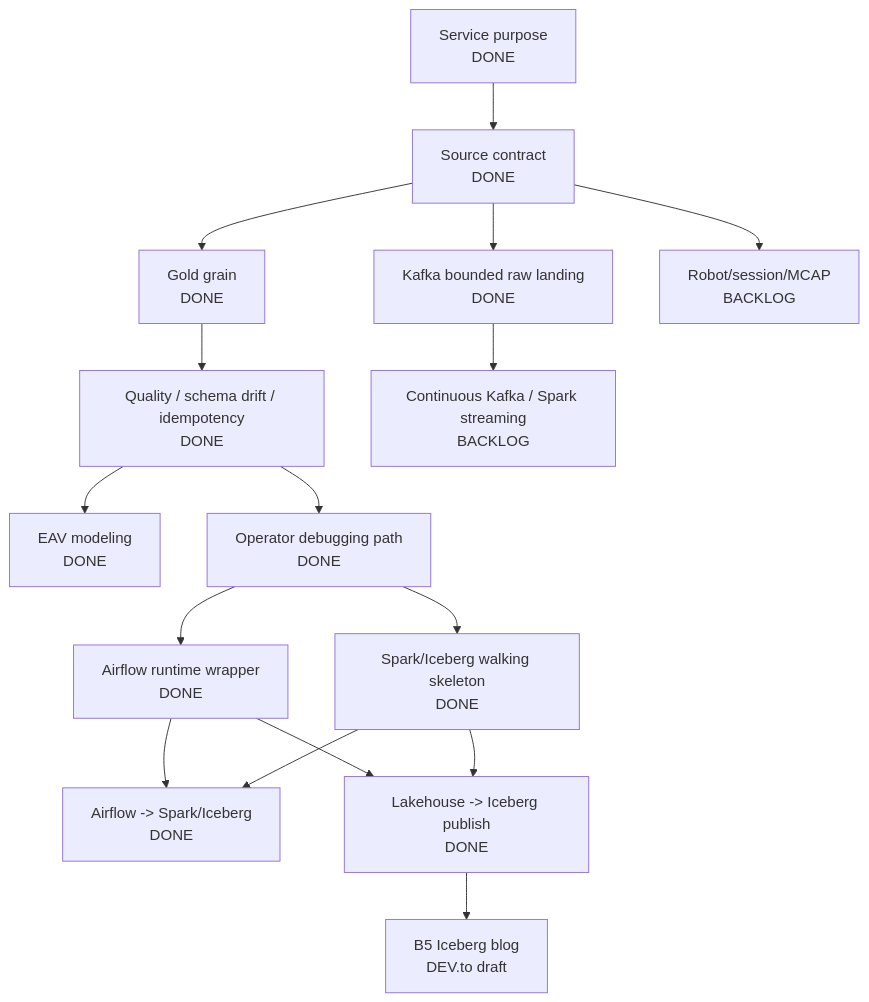
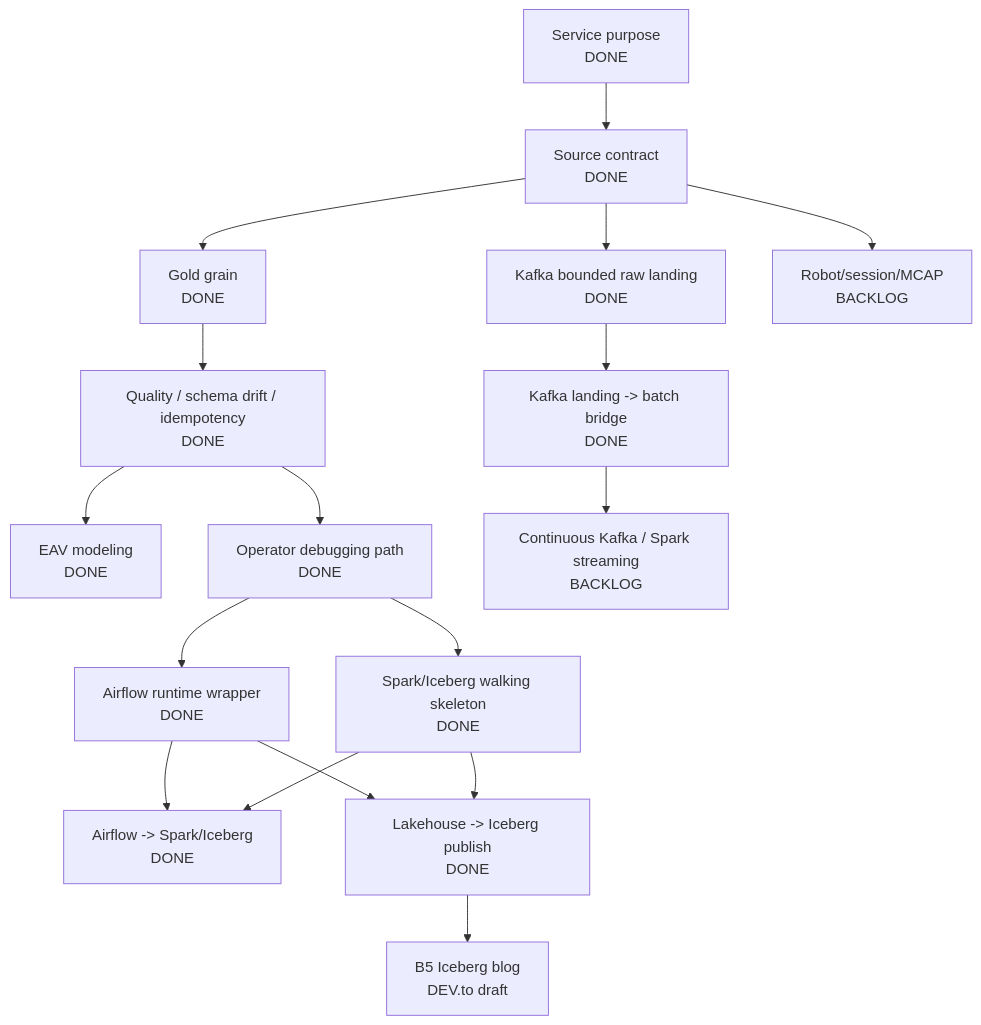
The second of 2 diagrams in PROJECT_PROGRESS_MAP.ko.md (junhyun-dev/manufacturing-data-platform-mini), drawn with Mermaid before and after one commit. The commit also changed other lines of this file and 15 other files, not shown here.

Commit message:
Implement Kafka landing-to-batch bridge

````diff
--- a/PROJECT_PROGRESS_MAP.ko.md
+++ b/PROJECT_PROGRESS_MAP.ko.md
@@ -87,31 +89,32 @@
 ```mermaid
 flowchart TD
   purpose["Service purpose\nDONE"]
   source["Source contract\nDONE"]
   grain["Gold grain\nDONE"]
   quality["Quality / schema drift / idempotency\nDONE"]
   eav["EAV modeling\nDONE"]
   rca["Operator debugging path\nDONE"]
   airflow["Airflow runtime wrapper\nDONE"]
   iceberg["Spark/Iceberg walking skeleton\nDONE"]
   airflow_iceberg["Airflow -> Spark/Iceberg\nDONE"]
   publish["Lakehouse -> Iceberg publish\nDONE"]
   b5["B5 Iceberg blog\nDEV.to draft"]
   kafka_k1["Kafka bounded raw landing\nDONE"]
+  kafka_k15["Kafka landing -> batch bridge\nDONE"]
   streaming["Continuous Kafka / Spark streaming\nBACKLOG"]
   robot["Robot/session/MCAP\nBACKLOG"]
 
   purpose --> source --> grain --> quality
   quality --> eav
   quality --> rca
   rca --> airflow
   rca --> iceberg
   airflow --> airflow_iceberg
   iceberg --> airflow_iceberg
   airflow --> publish
   iceberg --> publish
   publish --> b5
   source --> kafka_k1
-  kafka_k1 --> streaming
+  kafka_k1 --> kafka_k15 --> streaming
   source --> robot
 ```
````
